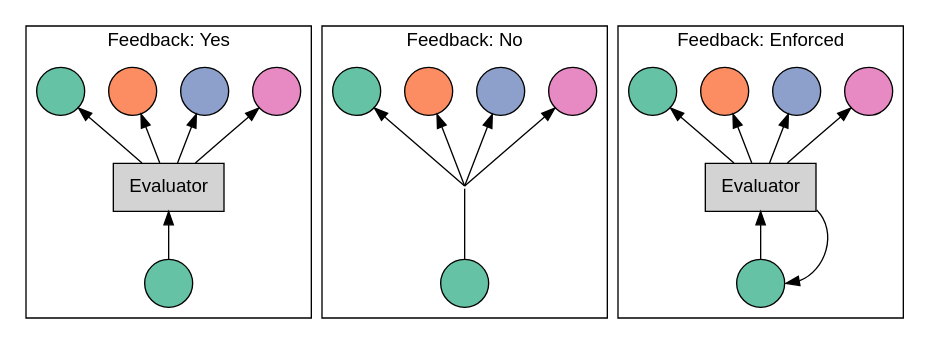
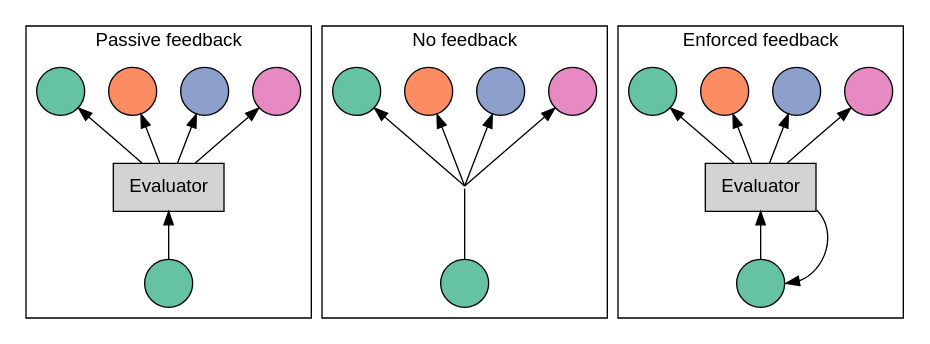
The diagram in evoteams/inst/extdata/feedback.gv (pedmiston/diachronic-teams), drawn with Graphviz before and after one commit.

Commit message:
Changed feedback type labels

```diff
--- a/evoteams/inst/extdata/feedback.gv
+++ b/evoteams/inst/extdata/feedback.gv
@@ -1,37 +1,37 @@
 digraph {
   rankdir = BT;
   node[label="", shape=circle, fontname=helvetica; style=filled];
   edge[fontname=helvetica];
-  
+
   fontname=helvetica;
   labelloc="b";
-  
+
   // Colors are people
   y1, n1, e1, ya, na, ea[fillcolor="#66C2A5"];
   yb, nb, eb[fillcolor="#FC8D62"];
   yc, nc, ec[fillcolor="#8DA0CB"];
   yd, nd, ed[fillcolor="#E78AC3"];
-  
+
   // Shapes
   yfeedback, efeedback[shape=rect, label="Evaluator"];
   nfeedback[style=none, shape=none, width=0]
-  
+
   subgraph cluster0 {
-    label="Feedback: Yes";
+    label="Passive feedback";
     y1 -> yfeedback -> {ya, yb, yc, yd};
   }
-  
+
   subgraph cluster1 {
-    label="Feedback: No";
+    label="No feedback";
     n1 -> nfeedback[arrowhead=none, headclip=false];
     nfeedback -> {na, nb, nc, nd}[tailclip=false];
   }
-  
+
   subgraph cluster2 {
-    label="Feedback: Enforced";
+    label="Enforced feedback";
     e1 -> efeedback;
     efeedback -> e1[tailport=se, headport=e, weight=0];
     efeedback -> {ea, eb, ec, ed};
   }
 
 }
```
